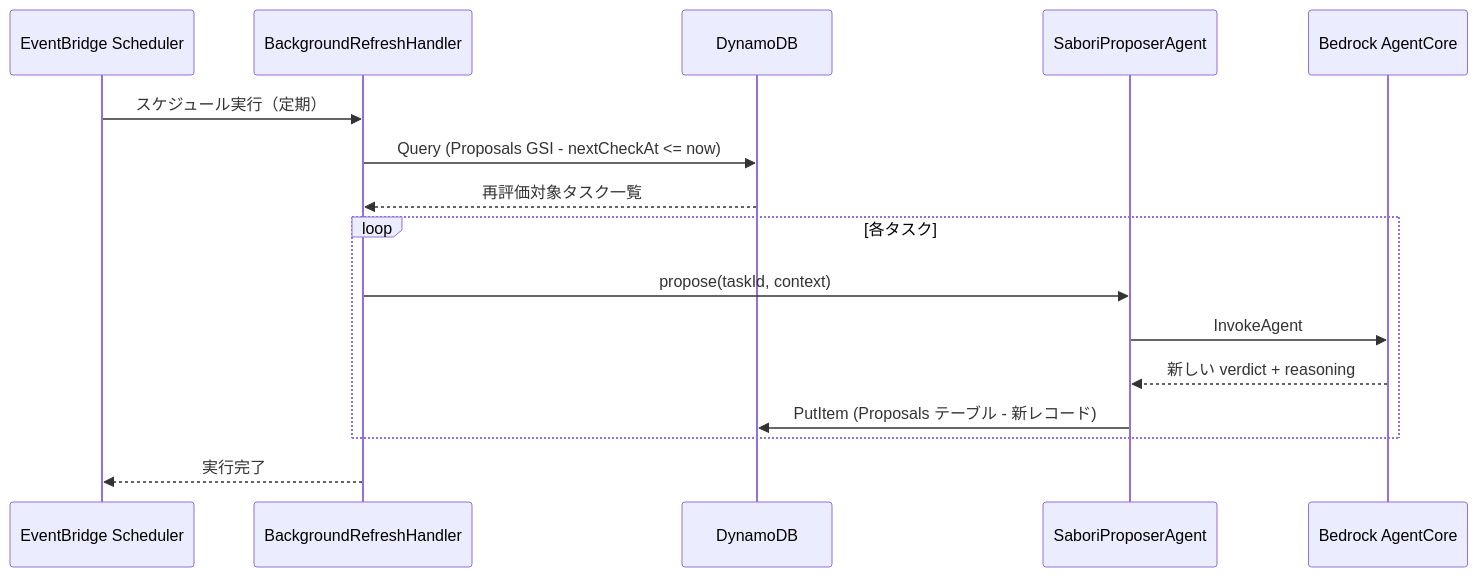
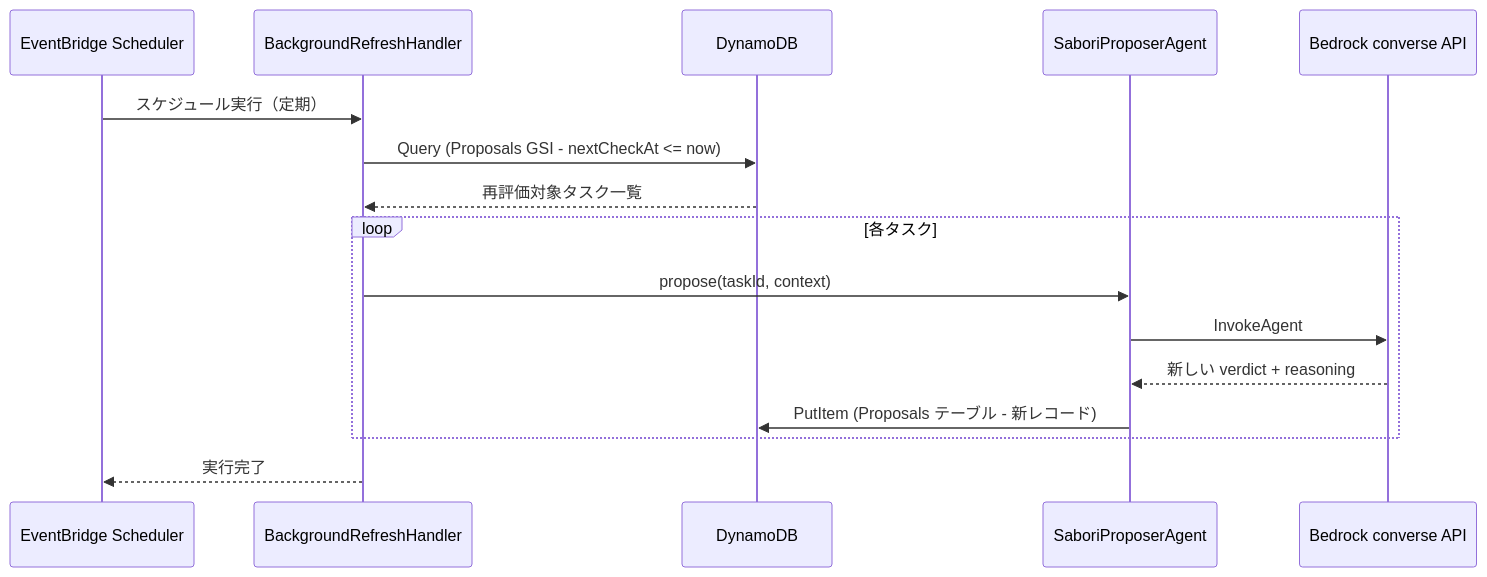
The fourth of 7 diagrams in aidlc-docs/inception/application-design/sequence-diagrams.md (mashharuki/AWS-SummitHackathon-2026), drawn with Mermaid before and after one commit. The commit also changed other lines of this file and 24 other files, not shown here.

````diff
--- a/aidlc-docs/inception/application-design/sequence-diagrams.md
+++ b/aidlc-docs/inception/application-design/sequence-diagrams.md
@@ -133,19 +133,19 @@
 ```mermaid
 sequenceDiagram
     participant EB as EventBridge Scheduler
     participant BG as BackgroundRefreshHandler
     participant DB as DynamoDB
     participant SP as SaboriProposerAgent
-    participant BR as Bedrock AgentCore
+    participant BR as Bedrock converse API
 
     EB->>BG: スケジュール実行（定期）
     BG->>DB: Query (Proposals GSI - nextCheckAt <= now)
     DB-->>BG: 再評価対象タスク一覧
     loop 各タスク
         BG->>SP: propose(taskId, context)
         SP->>BR: InvokeAgent
         BR-->>SP: 新しい verdict + reasoning
         SP->>DB: PutItem (Proposals テーブル - 新レコード)
     end
     BG-->>EB: 実行完了
 ```
````
